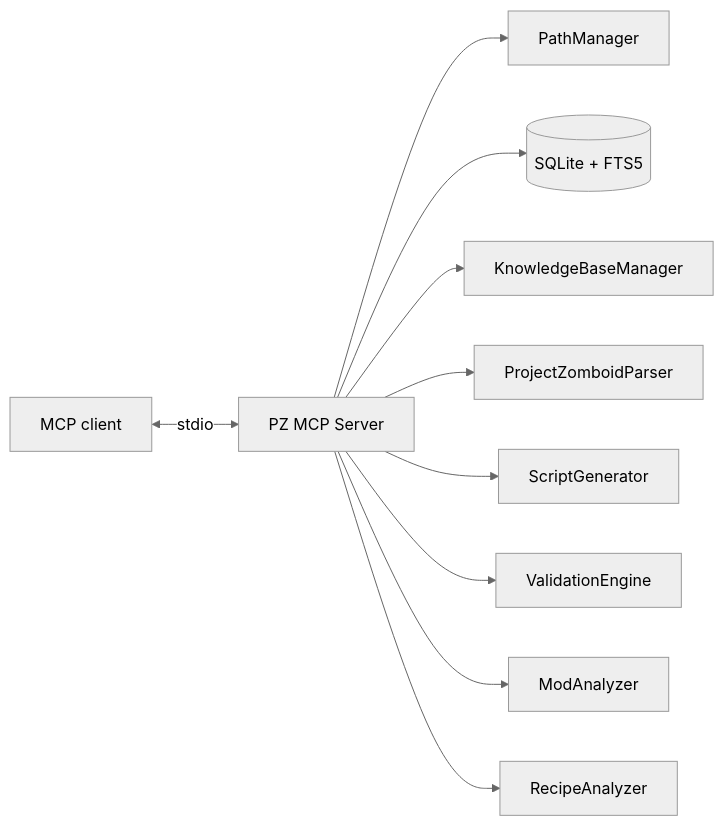
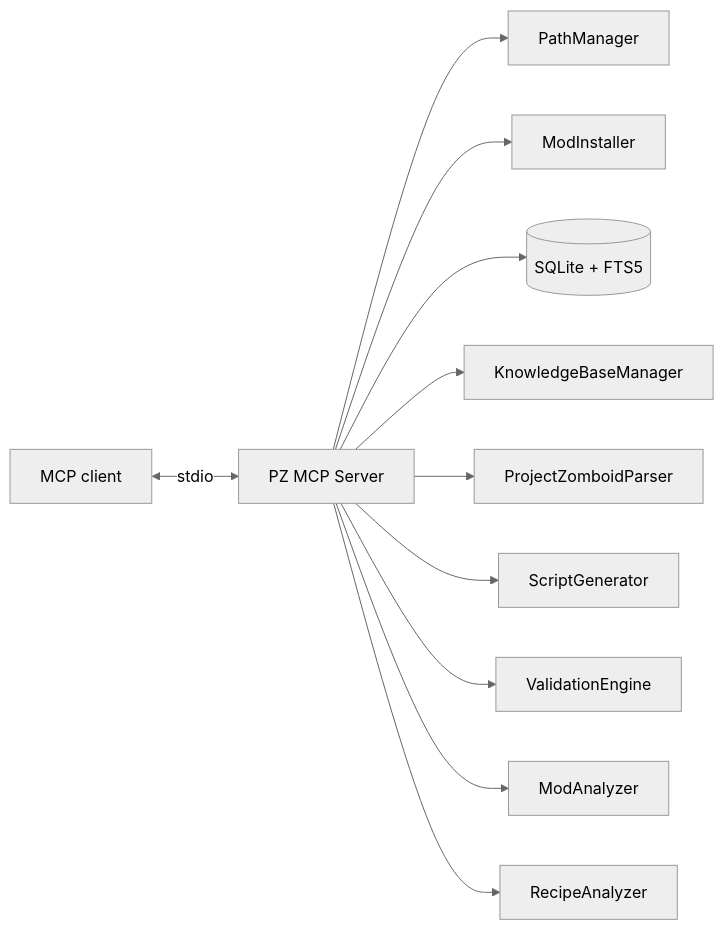
The diagram in README.md (shakoorpour1991-sketch/pz-mcp-server), drawn with Mermaid (neutral theme) before and after one commit. The commit also changed other lines of this file and 31 other files, not shown here.

Commit message:
feat(modgen): beginner mod templates (modgen + modinstall) — blueprint-based generation with vanilla-balanced random stats, respec/regenerate, zip & folder installer

````diff
--- a/README.md
+++ b/README.md
@@ -184,14 +198,15 @@
 ```mermaid
 flowchart LR
     C[MCP client] <-->|stdio| S[PZ MCP Server]
 
     S --> P[PathManager]
+    S --> I[ModInstaller]
     S --> D[(SQLite + FTS5)]
     S --> K[KnowledgeBaseManager]
     S --> G[ProjectZomboidParser]
 
     S --> SG[ScriptGenerator]
     S --> V[ValidationEngine]
     S --> M[ModAnalyzer]
     S --> R[RecipeAnalyzer]
 ```
````
